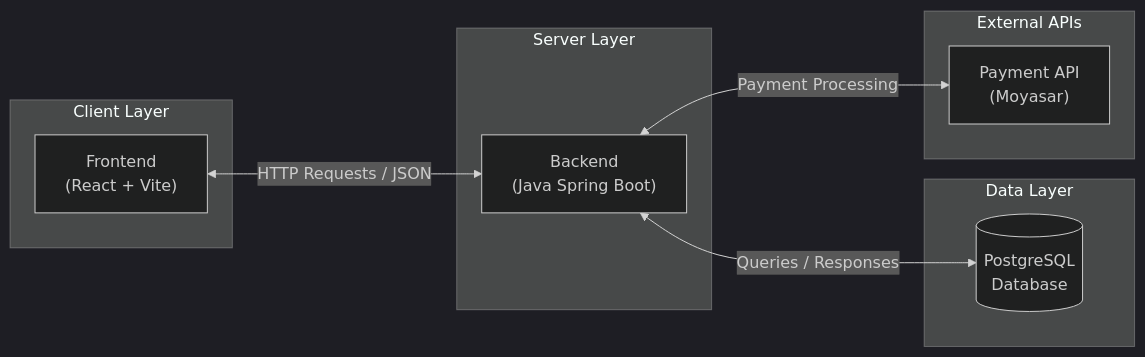
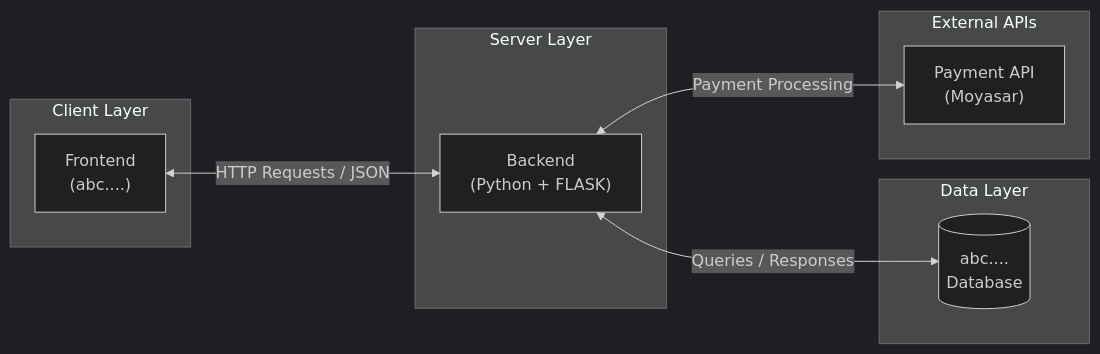
The diagram in Stage 3/high-level architecture diagram .md (aziz5g-tech/holbertonschool-portfolio-project), drawn with Mermaid (dark theme) before and after one commit.

Commit message:
Update architecture diagram to reflect technology changes

````diff
--- a/Stage 3/high-level architecture diagram .md
+++ b/Stage 3/high-level architecture diagram .md
@@ -4,22 +4,22 @@
 ```mermaid
 flowchart LR
     subgraph Client["Client Layer"]
-        FE["Frontend<br/>(React + Vite)"]
+        FE["Frontend<br/>(abc....)"]
     end
 
     subgraph Server["Server Layer"]
-        BE["Backend<br/>(Java Spring Boot)"]
+        BE["Backend<br/>(Python + FLASK)"]
     end
 
     subgraph Data["Data Layer"]
-        DB[(PostgreSQL<br/>Database)]
+        DB[(abc....<br/>Database)]
     end
 
     subgraph External["External APIs"]
         MOYASAR["Payment API<br/>(Moyasar)"]
     end
 
     FE <-->|"HTTP Requests / JSON"| BE
     BE <-->|"Queries / Responses"| DB
     BE <-->|"Payment Processing"| MOYASAR
 ```
````
